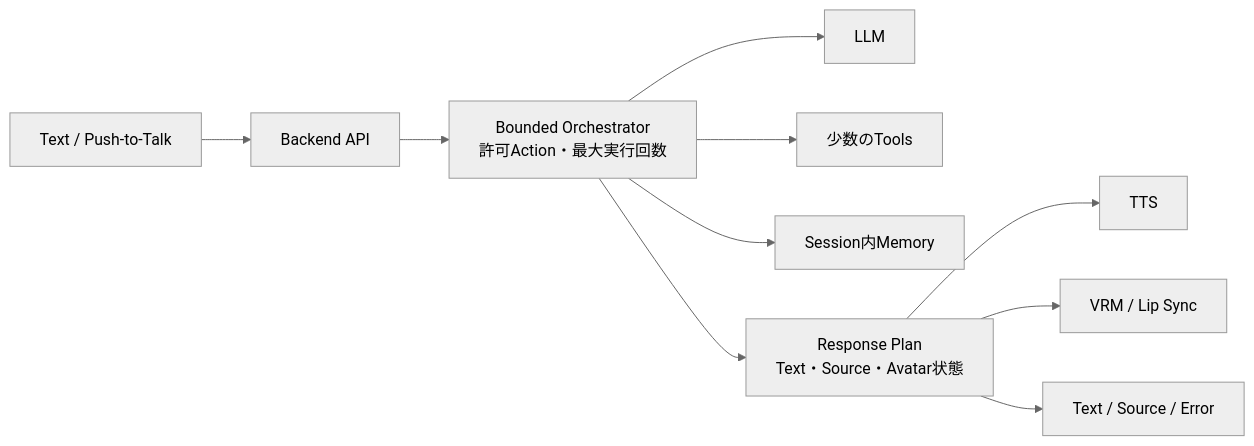
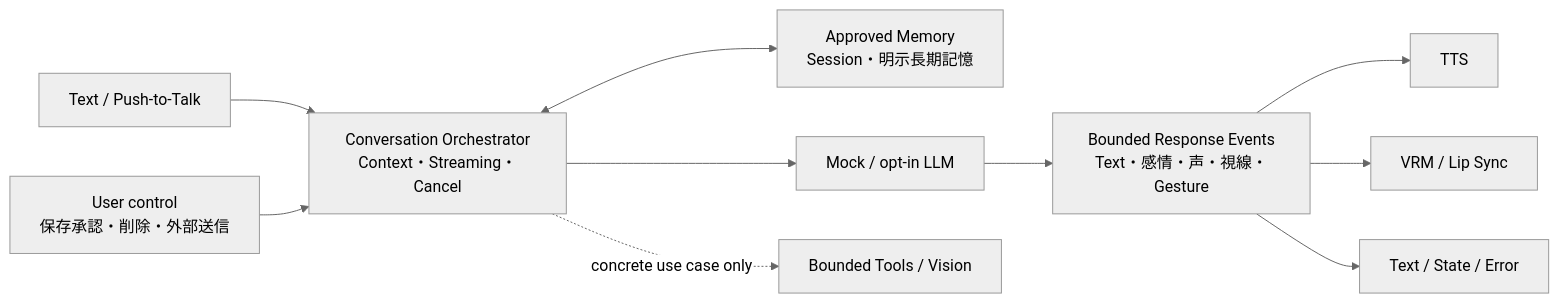
Before and after one commit to yutoo77/adaptive-vrm-dialogue-agent: the second of 2 diagrams in ARCHITECTURE.md, drawn with Mermaid (neutral theme). The commit also changed other lines of this file and 24 other files, not shown here.

````diff
--- a/ARCHITECTURE.md
+++ b/ARCHITECTURE.md
@@ -197,12 +201,12 @@
 ```mermaid
 flowchart LR
-    Input["Text / Push-to-Talk"] --> API["Backend API"]
-    API --> Orchestrator["Bounded Orchestrator\n許可Action・最大実行回数"]
-    Orchestrator --> LLM["LLM"]
-    Orchestrator --> Tools["少数のTools"]
-    Orchestrator --> Memory["Session内Memory"]
-    Orchestrator --> Plan["Response Plan\nText・Source・Avatar状態"]
-    Plan --> TTS["TTS"]
-    Plan --> Avatar["VRM / Lip Sync"]
-    Plan --> UI["Text / Source / Error"]
+    Input["Text / Push-to-Talk"] --> Conversation["Conversation Orchestrator\nContext・Streaming・Cancel"]
+    Control["User control\n保存承認・削除・外部送信"] --> Conversation
+    Conversation <--> Memory["Approved Memory\nSession・明示長期記憶"]
+    Conversation --> Provider["Mock / opt-in LLM"]
+    Provider --> Events["Bounded Response Events\nText・感情・声・視線・Gesture"]
+    Events --> TTS["TTS"]
+    Events --> Avatar["VRM / Lip Sync"]
+    Events --> UI["Text / State / Error"]
+    Conversation -. concrete use case only .-> Tools["Bounded Tools / Vision"]
 ```
````
